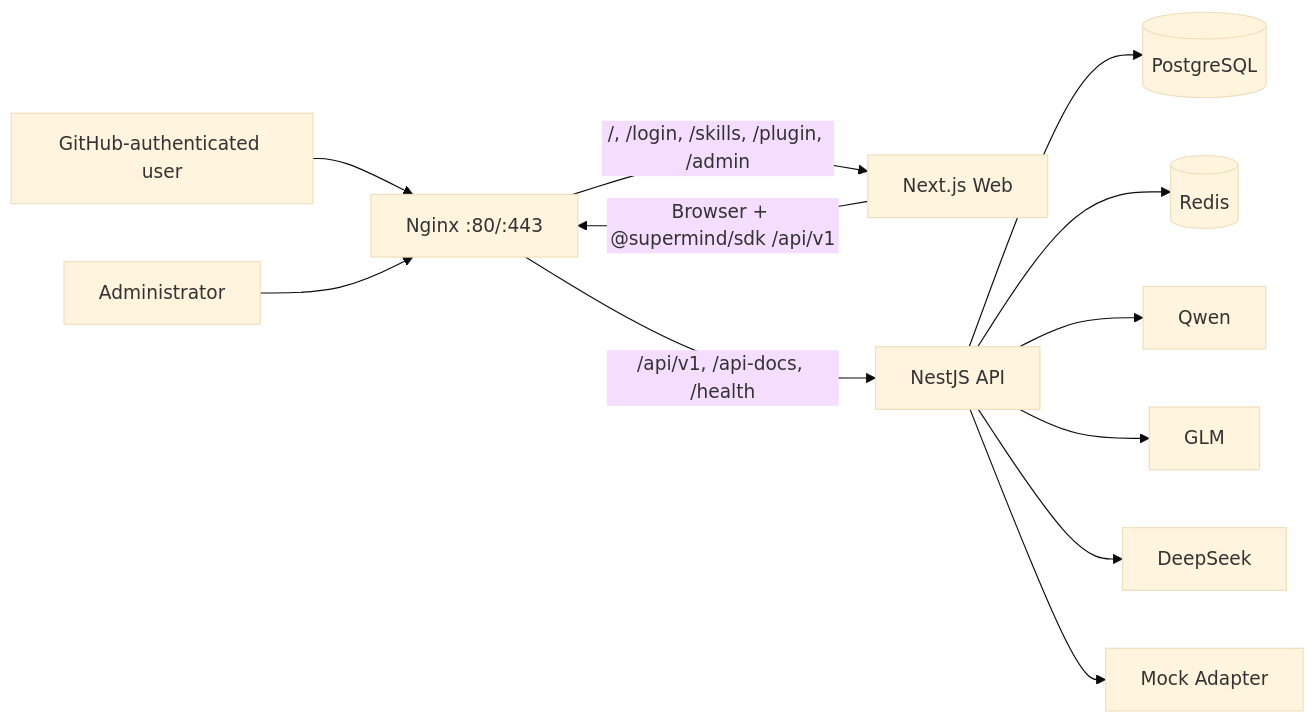
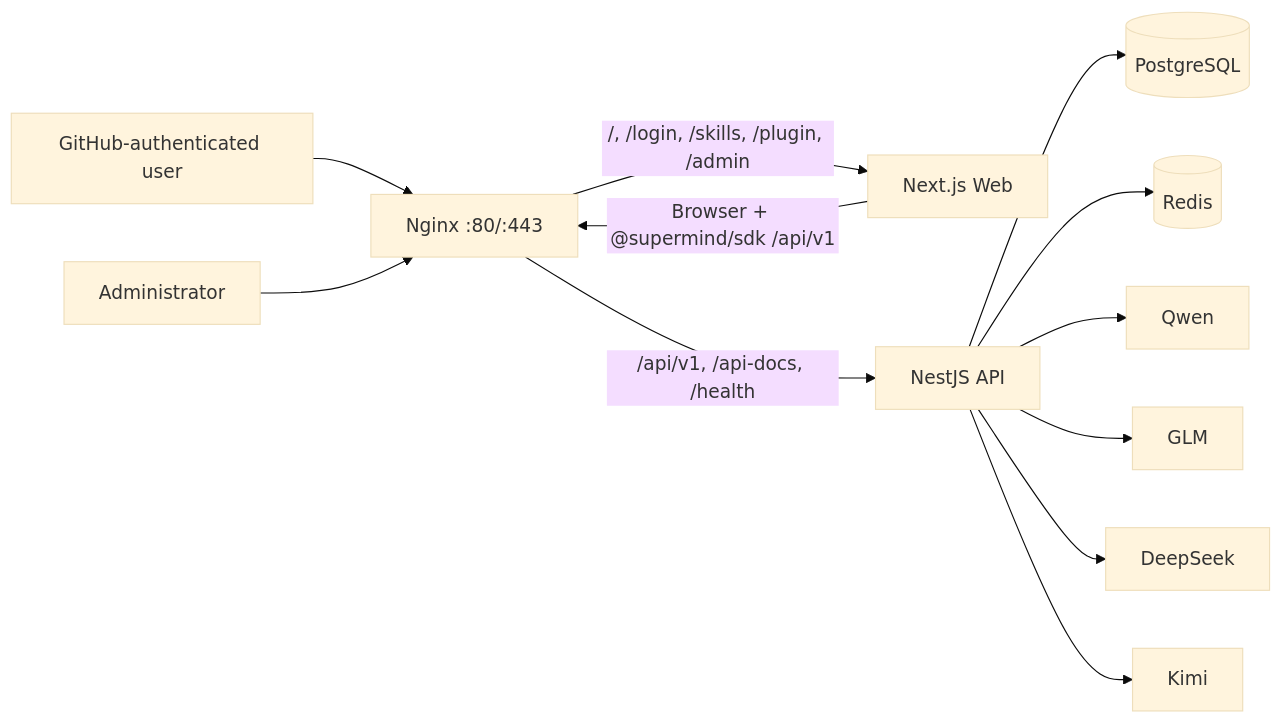
Before and after one commit to wanglsh97/super-mind-studio: the first of 3 diagrams in openspec/changes/build-aigateway-v1/design.md, drawn with Mermaid (base theme). The commit also changed other lines of this file and 72 other files, not shown here.

````diff
--- a/openspec/changes/build-aigateway-v1/design.md
+++ b/openspec/changes/build-aigateway-v1/design.md
@@ -38,14 +38,14 @@
 ```mermaid
 flowchart LR
     U["GitHub-authenticated user"] --> N["Nginx :80/:443"]
     M["Administrator"] --> N
     N -->|"/, /login, /skills, /plugin, /admin"| W["Next.js Web"]
     W -->|"Browser + @supermind/sdk /api/v1"| N
     N -->|"/api/v1, /api-docs, /health"| A["NestJS API"]
     A --> P[("PostgreSQL")]
     A --> R[("Redis")]
     A --> Q["Qwen"]
     A --> Z["GLM"]
     A --> D["DeepSeek"]
-    A --> K["Mock Adapter"]
+    A --> K["Kimi"]
 ```
````
